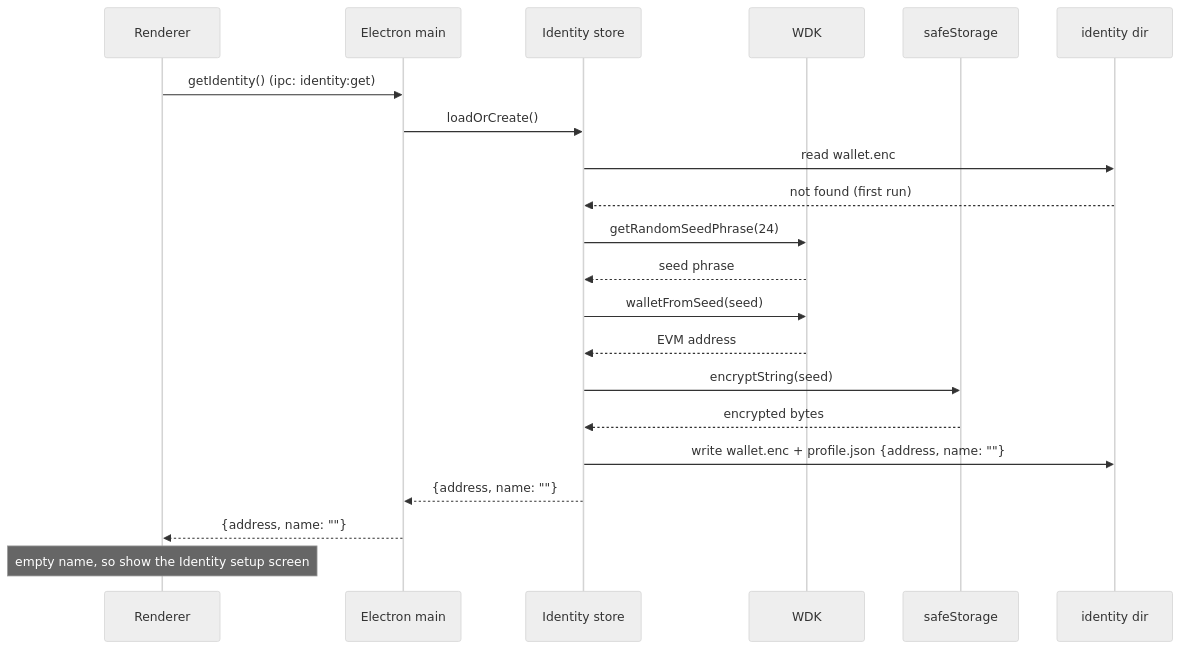
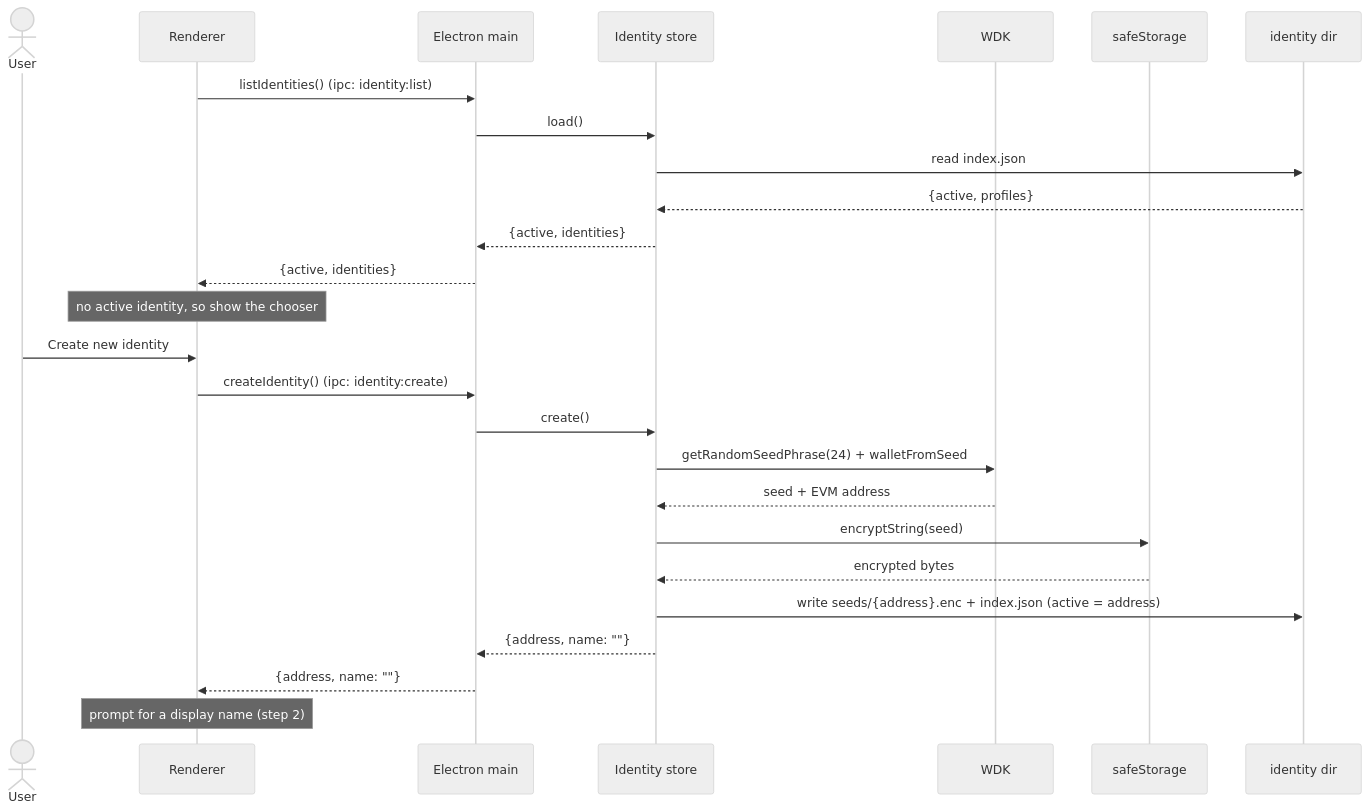
The first of 3 diagrams in README.md (koss-lebedev/ubet), drawn with Mermaid (neutral theme) before and after one commit. The commit also changed other lines of this file, not shown here.

Commit message:
docs: update identity store layout and creation diagram for the multi-identity chooser

````diff
--- a/README.md
+++ b/README.md
@@ -83,24 +83,29 @@
 ```mermaid
 sequenceDiagram
+    actor U as User
     participant R as Renderer
     participant M as Electron main
     participant S as Identity store
     participant W as WDK
     participant K as safeStorage
     participant D as identity dir
 
-    R->>M: getIdentity()  (ipc: identity:get)
-    M->>S: loadOrCreate()
-    S->>D: read wallet.enc
-    D-->>S: not found (first run)
-    S->>W: getRandomSeedPhrase(24)
-    W-->>S: seed phrase
-    S->>W: walletFromSeed(seed)
-    W-->>S: EVM address
+    R->>M: listIdentities()  (ipc: identity:list)
+    M->>S: load()
+    S->>D: read index.json
+    D-->>S: {active, profiles}
+    S-->>M: {active, identities}
+    M-->>R: {active, identities}
+    Note over R: no active identity, so show the chooser
+    U->>R: Create new identity
+    R->>M: createIdentity()  (ipc: identity:create)
+    M->>S: create()
+    S->>W: getRandomSeedPhrase(24) + walletFromSeed
+    W-->>S: seed + EVM address
     S->>K: encryptString(seed)
     K-->>S: encrypted bytes
-    S->>D: write wallet.enc + profile.json {address, name: ""}
+    S->>D: write seeds/{address}.enc + index.json (active = address)
     S-->>M: {address, name: ""}
     M-->>R: {address, name: ""}
-    Note over R: empty name, so show the Identity setup screen
+    Note over R: prompt for a display name (step 2)
 ```
````
